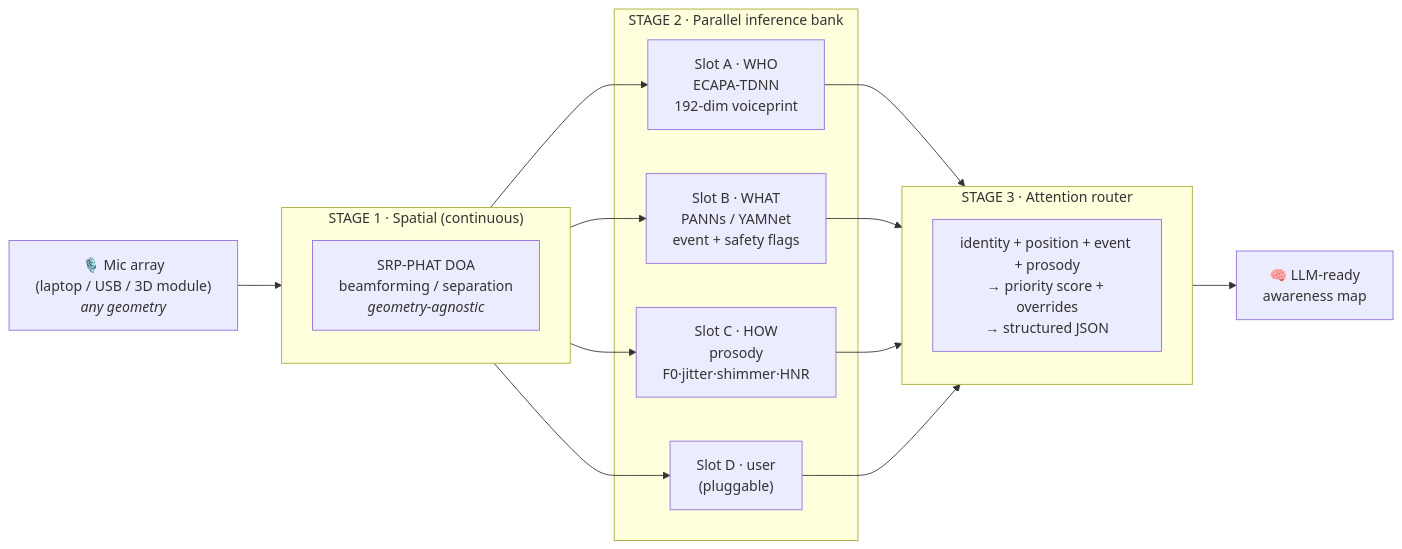
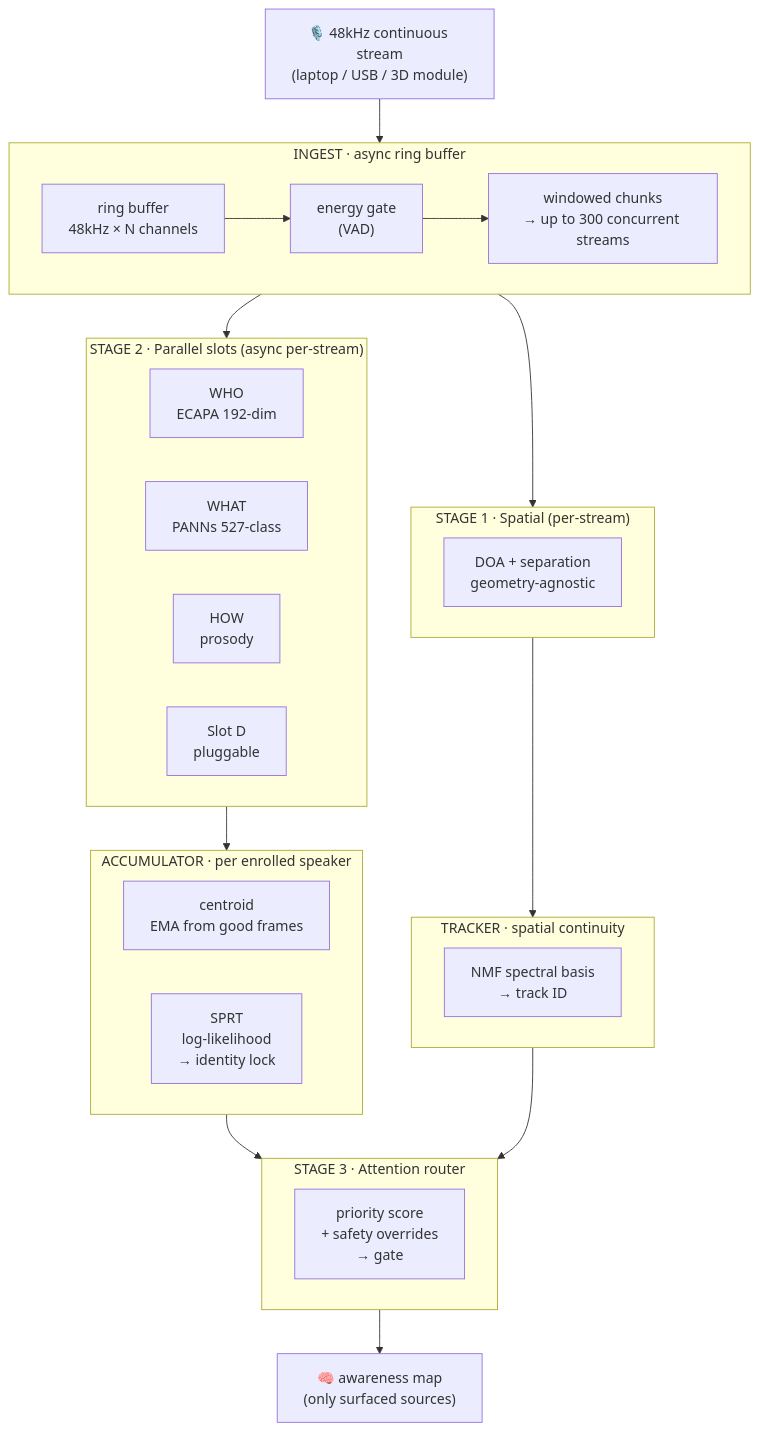
Before and after one commit to alanchelmickjr/daredevil: the diagram in README.md, drawn with Mermaid. The commit also changed 6 other files, not shown here.

First line of the commit message:
Global SPRT key, track status in HUD, coasting→sidebar, revert sub-windowing

````diff
--- a/README.md
+++ b/README.md
@@ -166,25 +166,47 @@
 ```mermaid
-flowchart LR
-    MIC["🎙️ Mic array<br/>(laptop / USB / 3D module)<br/><i>any geometry</i>"] --> S1
+flowchart TB
+    MIC["🎙️ 48kHz continuous stream<br/>(laptop / USB / 3D module)"] --> INGEST
 
-    subgraph S1 ["STAGE 1 · Spatial (continuous)"]
-        DOA["SRP-PHAT DOA<br/>beamforming / separation<br/><i>geometry-agnostic</i>"]
+    subgraph INGEST ["INGEST · async ring buffer"]
+        direction LR
+        BUF["ring buffer<br/>48kHz × N channels"]
+        BUF --> GATE["energy gate<br/>(VAD)"]
+        GATE --> WINDOW["windowed chunks<br/>→ up to 300 concurrent streams"]
     end
 
-    S1 --> A & B & C & D
+    WINDOW --> S1 & S2
 
-    subgraph S2 ["STAGE 2 · Parallel inference bank"]
-        A["Slot A · WHO<br/>ECAPA-TDNN<br/>192-dim voiceprint"]
-        B["Slot B · WHAT<br/>PANNs / YAMNet<br/>event + safety flags"]
-        C["Slot C · HOW<br/>prosody<br/>F0·jitter·shimmer·HNR"]
-        D["Slot D · user<br/>(pluggable)"]
+    subgraph S1 ["STAGE 1 · Spatial (per-stream)"]
+        DOA["DOA + separation<br/>geometry-agnostic"]
     end
 
-    A & B & C & D --> S3
+    subgraph S2 ["STAGE 2 · Parallel slots (async per-stream)"]
+        direction LR
+        A["WHO<br/>ECAPA 192-dim"]
+        B["WHAT<br/>PANNs 527-class"]
+        C["HOW<br/>prosody"]
+        D["Slot D<br/>pluggable"]
+    end
+
+    S1 --> TRACK
+    S2 --> ACC
+
+    subgraph ACC ["ACCUMULATOR · per enrolled speaker"]
+        direction LR
+        CENT["centroid<br/>EMA from good frames"]
+        SPRT["SPRT<br/>log-likelihood<br/>→ identity lock"]
+    end
+
+    subgraph TRACK ["TRACKER · spatial continuity"]
+        NMF["NMF spectral basis<br/>→ track ID"]
+    end
+
+    ACC --> S3
+    TRACK --> S3
 
     subgraph S3 ["STAGE 3 · Attention router"]
-        R["identity + position + event + prosody<br/>→ priority score + overrides<br/>→ structured JSON"]
+        R["priority score<br/>+ safety overrides<br/>→ gate"]
     end
 
-    S3 --> OUT["🧠 LLM-ready<br/>awareness map"]
+    S3 --> OUT["🧠 awareness map<br/>(only surfaced sources)"]
 ```
````
